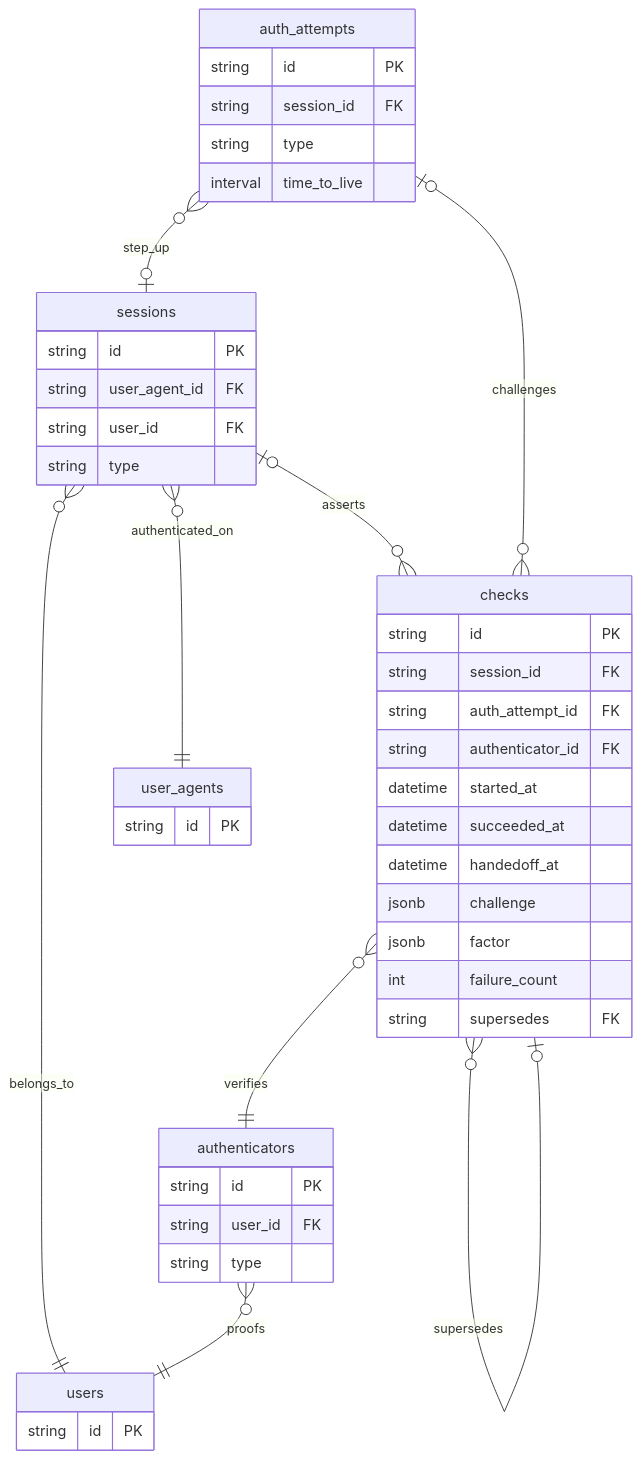
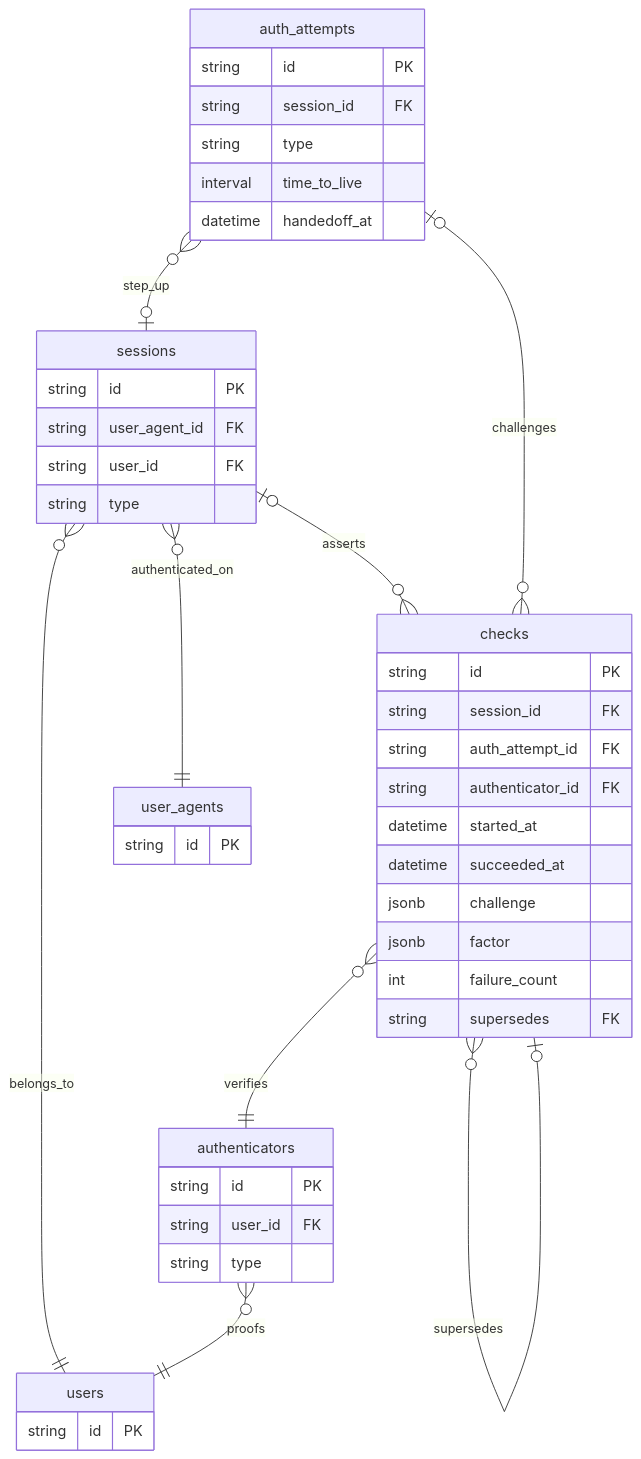
One commit to zitadel/nextgen changed the diagram in docs/adrs/010-session-auth-attempt-check-model.md. Above: the diagram before and after it, drawn with Mermaid. The commit also changed other lines of this file, not shown here.

First line of the commit message:
Move handedoff_at field from check to auth_attempts

````diff
--- a/docs/adrs/010-session-auth-attempt-check-model.md
+++ b/docs/adrs/010-session-auth-attempt-check-model.md
@@ -44,48 +44,48 @@
 ```mermaid
 erDiagram
     sessions o|--o{ checks : asserts
     auth_attempts o|--o{ checks : challenges
     auth_attempts }o--o| sessions : step_up
     sessions }o--|| user_agents : authenticated_on
     sessions }o--|| users : belongs_to
     checks }o--|| authenticators : verifies
     authenticators }o--|| users : proofs
     checks }o--o| checks : supersedes
 
     users {
         string id PK
     }
     user_agents {
         string id PK
     }
     sessions {
         string id PK
         string user_agent_id FK
         string user_id FK
         string type
     }
     authenticators {
         string id PK
         string user_id FK
         string type
     }
     auth_attempts {
         string id PK
         string session_id FK
         string type
         interval time_to_live
+        datetime handedoff_at
     }
     checks {
         string id PK
         string session_id FK
         string auth_attempt_id FK
         string authenticator_id FK
         datetime started_at
         datetime succeeded_at
-        datetime handedoff_at
         jsonb challenge
         jsonb factor
         int failure_count
         string supersedes FK
     }
 ```
````
